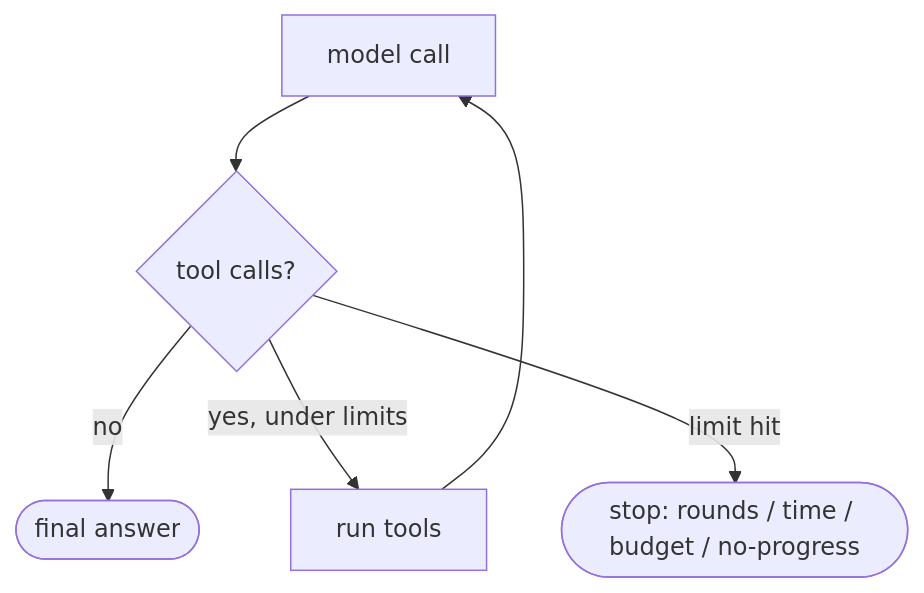
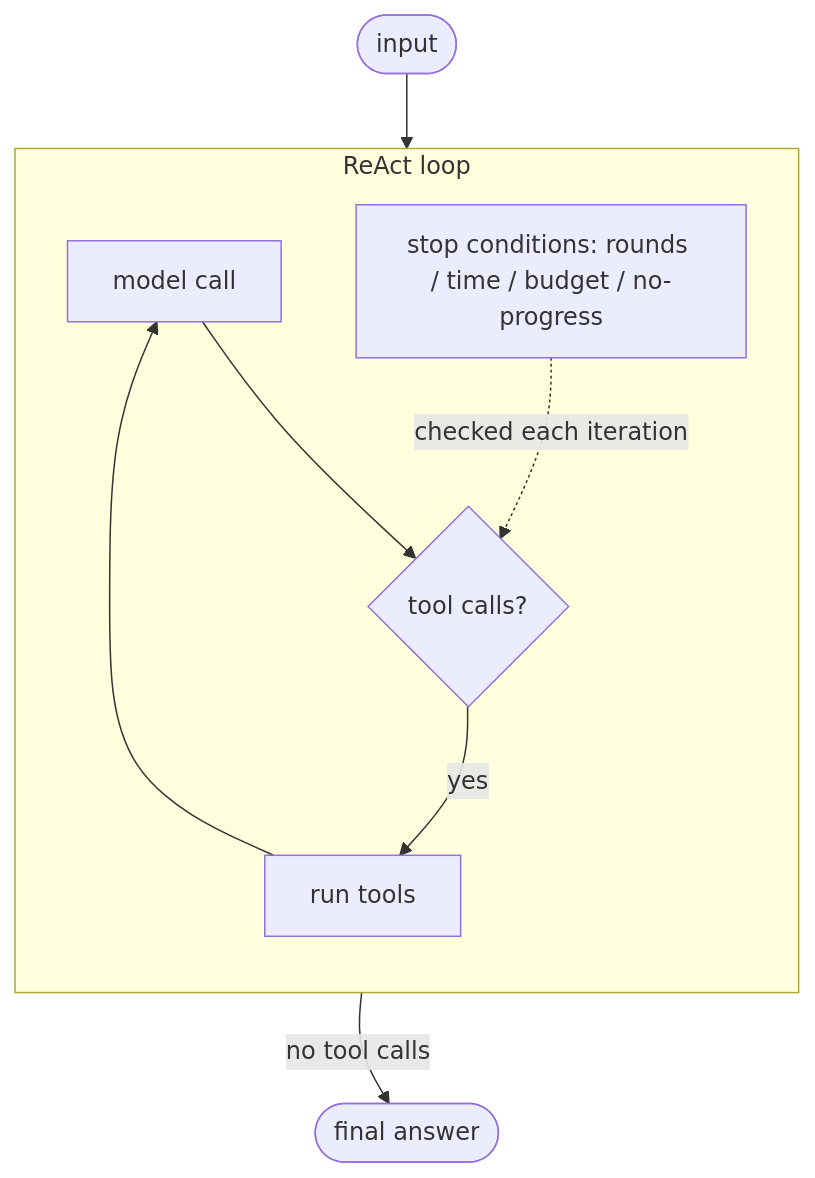
Before and after one commit to michaelatamuk/openjiuwen-jiuwenswarm: the sixth of 31 diagrams in docs-michael/agent-interview-questions.md, drawn with Mermaid. The commit also changed other lines of this file, not shown here.

````diff
--- a/docs-michael/agent-interview-questions.md
+++ b/docs-michael/agent-interview-questions.md
@@ -93,7 +101,12 @@
 ```mermaid
 flowchart TD
-    M["model call"] --> T{"tool calls?"}
-    T -->|no| F(["final answer"])
-    T -->|"yes, under limits"| R["run tools"] --> M
-    T -->|"limit hit"| S(["stop: rounds / time / budget / no-progress"])
+    I(["input"]) --> M
+    subgraph LOOP["ReAct loop"]
+    direction TB
+        M["model call"] --> T{"tool calls?"}
+        T -->|yes| R["run tools"] --> M
+        G["stop conditions: rounds / time / budget / no-progress"] -.->|"checked each iteration"| T
+    end
+    T -->|"no tool calls"| F(["final answer"])
+    R ~~~ F
 ```
````
